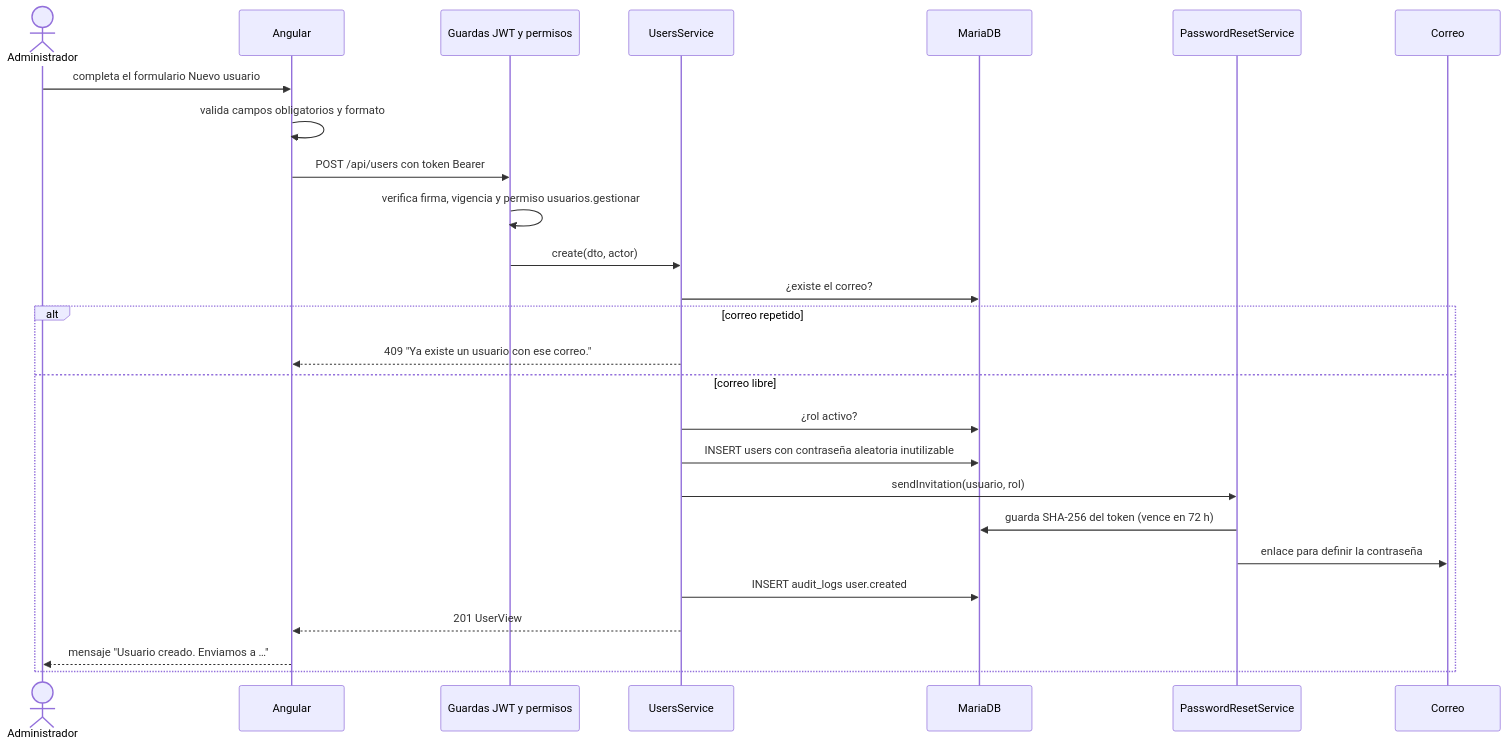
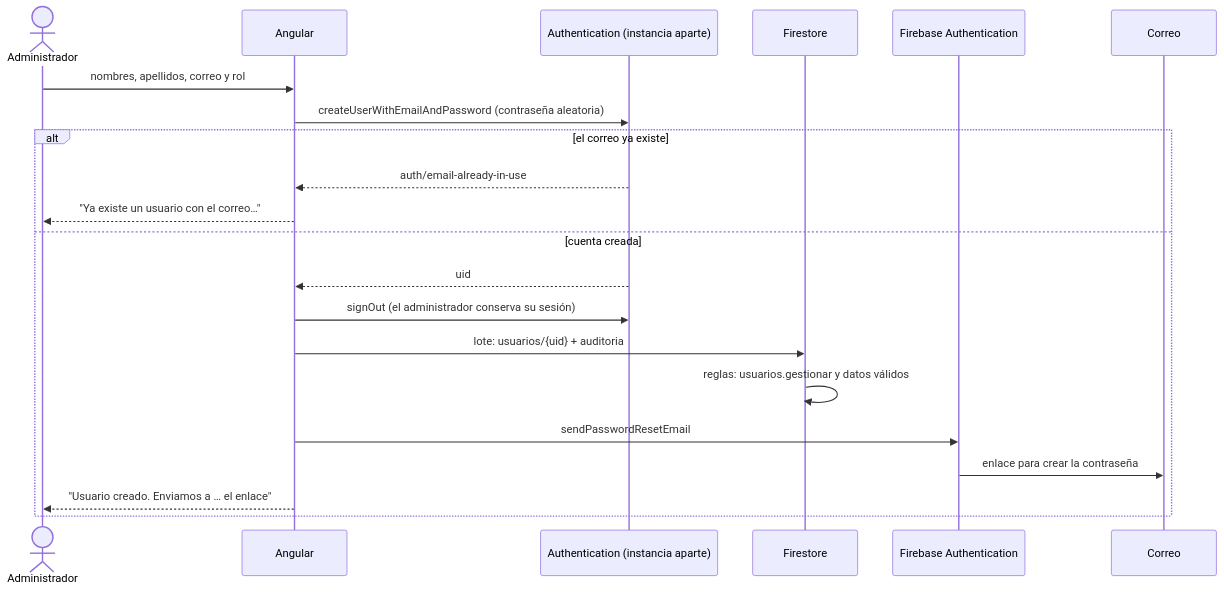
The diagram in docs/uml/fuentes/secuencia-crear-usuario.mmd (98765432100123456/Aplicacion-a-la-inteligencia-artificial-), drawn with Mermaid before and after one commit. The commit also changed 135 other files, not shown here.

First line of the commit message:
Retira el servicio NestJS y MariaDB; documentación y pruebas sobre Firebase

```diff
--- a/docs/uml/fuentes/secuencia-crear-usuario.mmd
+++ b/docs/uml/fuentes/secuencia-crear-usuario.mmd
@@ -1,26 +1,21 @@
 sequenceDiagram
-    actor A as Administrador
+    actor Ad as Administrador
     participant W as Angular
-    participant G as Guardas JWT y permisos
-    participant S as UsersService
-    participant D as MariaDB
-    participant P as PasswordResetService
+    participant A2 as Authentication (instancia aparte)
+    participant F as Firestore
+    participant A as Firebase Authentication
     participant M as Correo
-    A->>W: completa el formulario Nuevo usuario
-    W->>W: valida campos obligatorios y formato
-    W->>G: POST /api/users con token Bearer
-    G->>G: verifica firma, vigencia y permiso usuarios.gestionar
-    G->>S: create(dto, actor)
-    S->>D: ¿existe el correo?
-    alt correo repetido
-        S-->>W: 409 "Ya existe un usuario con ese correo."
-    else correo libre
-        S->>D: ¿rol activo?
-        S->>D: INSERT users con contraseña aleatoria inutilizable
-        S->>P: sendInvitation(usuario, rol)
-        P->>D: guarda SHA-256 del token (vence en 72 h)
-        P->>M: enlace para definir la contraseña
-        S->>D: INSERT audit_logs user.created
-        S-->>W: 201 UserView
-        W-->>A: mensaje "Usuario creado. Enviamos a …"
+    Ad->>W: nombres, apellidos, correo y rol
+    W->>A2: createUserWithEmailAndPassword (contraseña aleatoria)
+    alt el correo ya existe
+        A2-->>W: auth/email-already-in-use
+        W-->>Ad: "Ya existe un usuario con el correo…"
+    else cuenta creada
+        A2-->>W: uid
+        W->>A2: signOut (el administrador conserva su sesión)
+        W->>F: lote: usuarios/{uid} + auditoria
+        F->>F: reglas: usuarios.gestionar y datos válidos
+        W->>A: sendPasswordResetEmail
+        A->>M: enlace para crear la contraseña
+        W-->>Ad: "Usuario creado. Enviamos a … el enlace"
     end
```
